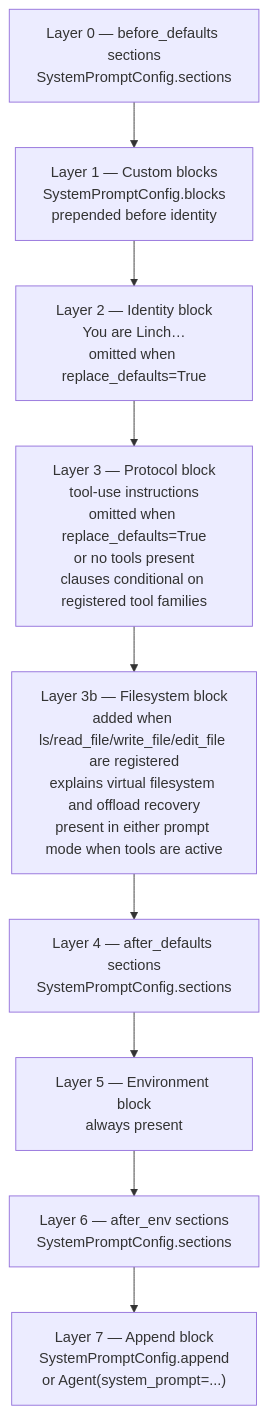
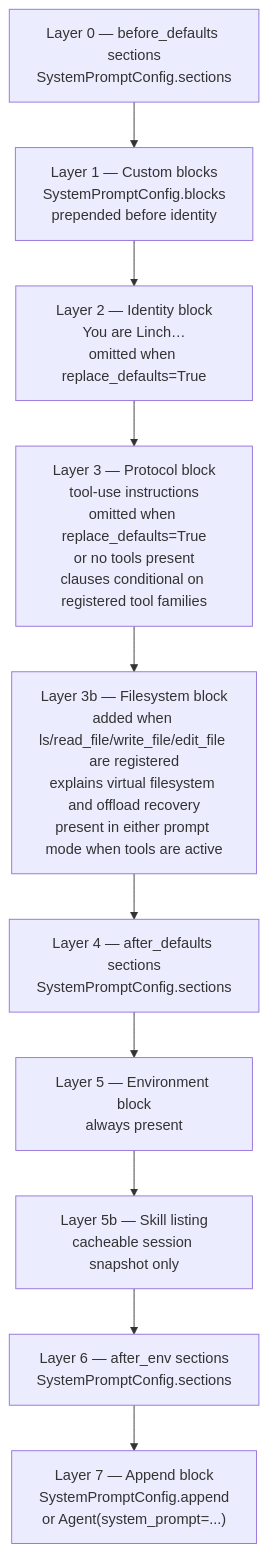
The diagram in docs/architecture/system-prompt.md (DuyTa506/linch), drawn with Mermaid before and after one commit. The commit also changed other lines of this file and 7 other files, not shown here.

````diff
--- a/docs/architecture/system-prompt.md
+++ b/docs/architecture/system-prompt.md
@@ -16,14 +16,15 @@
 ```mermaid
 flowchart TD
     L0["Layer 0 — before_defaults sections\nSystemPromptConfig.sections"]
     L1["Layer 1 — Custom blocks\nSystemPromptConfig.blocks\nprepended before identity"]
     L2["Layer 2 — Identity block\nYou are Linch…\nomitted when replace_defaults=True"]
     L3["Layer 3 — Protocol block\ntool-use instructions\nomitted when replace_defaults=True\nor no tools present\nclauses conditional on registered tool families"]
     LFS["Layer 3b — Filesystem block\nadded when ls/read_file/write_file/edit_file are registered\nexplains virtual filesystem and offload recovery\npresent in either prompt mode when tools are active"]
     L4["Layer 4 — after_defaults sections\nSystemPromptConfig.sections"]
     L5["Layer 5 — Environment block\nalways present"]
+    LS["Layer 5b — Skill listing\ncacheable session snapshot only"]
     L6["Layer 6 — after_env sections\nSystemPromptConfig.sections"]
     L7["Layer 7 — Append block\nSystemPromptConfig.append\nor Agent(system_prompt=...)"]
 
-    L0 --> L1 --> L2 --> L3 --> LFS --> L4 --> L5 --> L6 --> L7
+    L0 --> L1 --> L2 --> L3 --> LFS --> L4 --> L5 --> LS --> L6 --> L7
 ```
````
